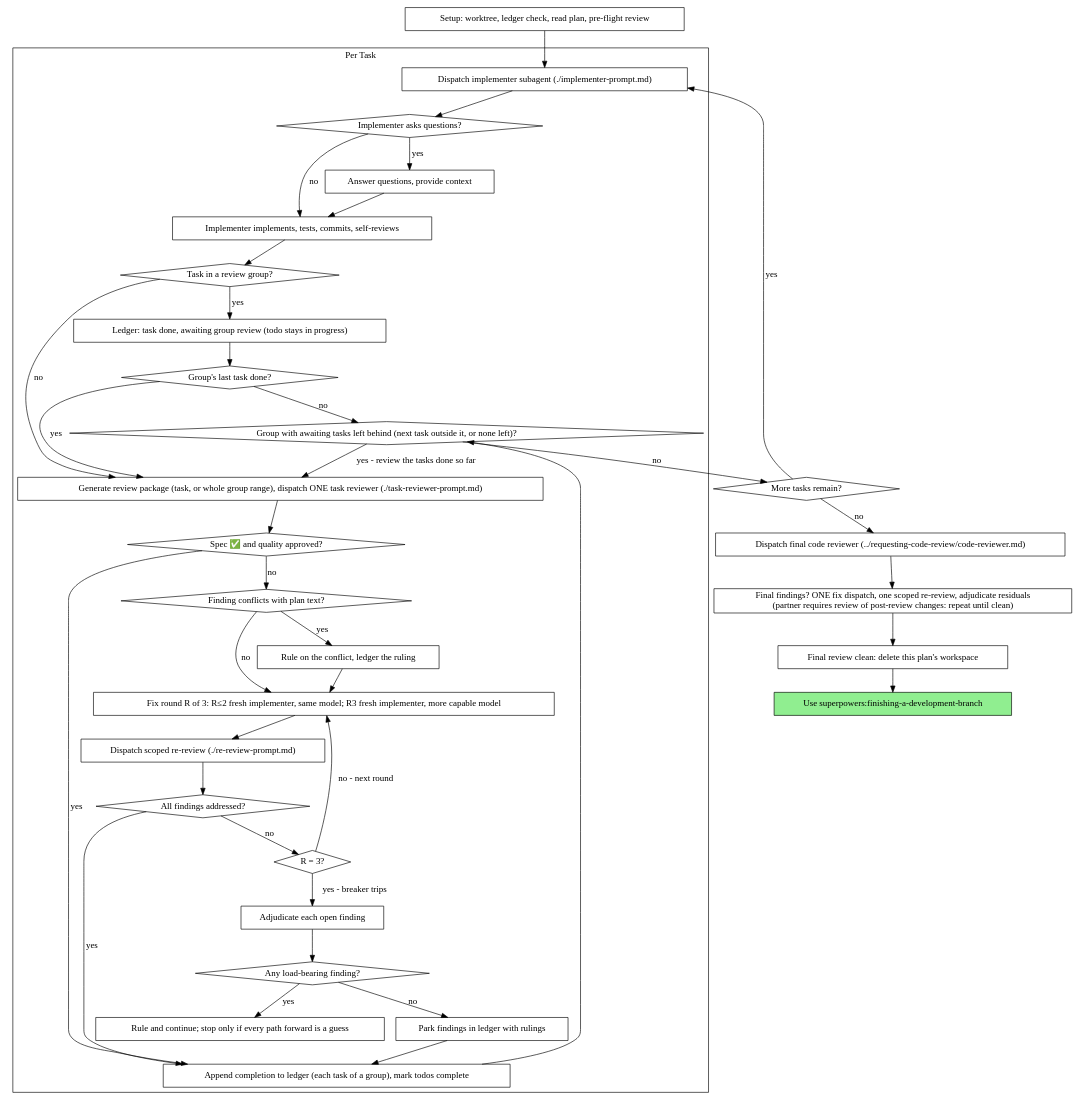
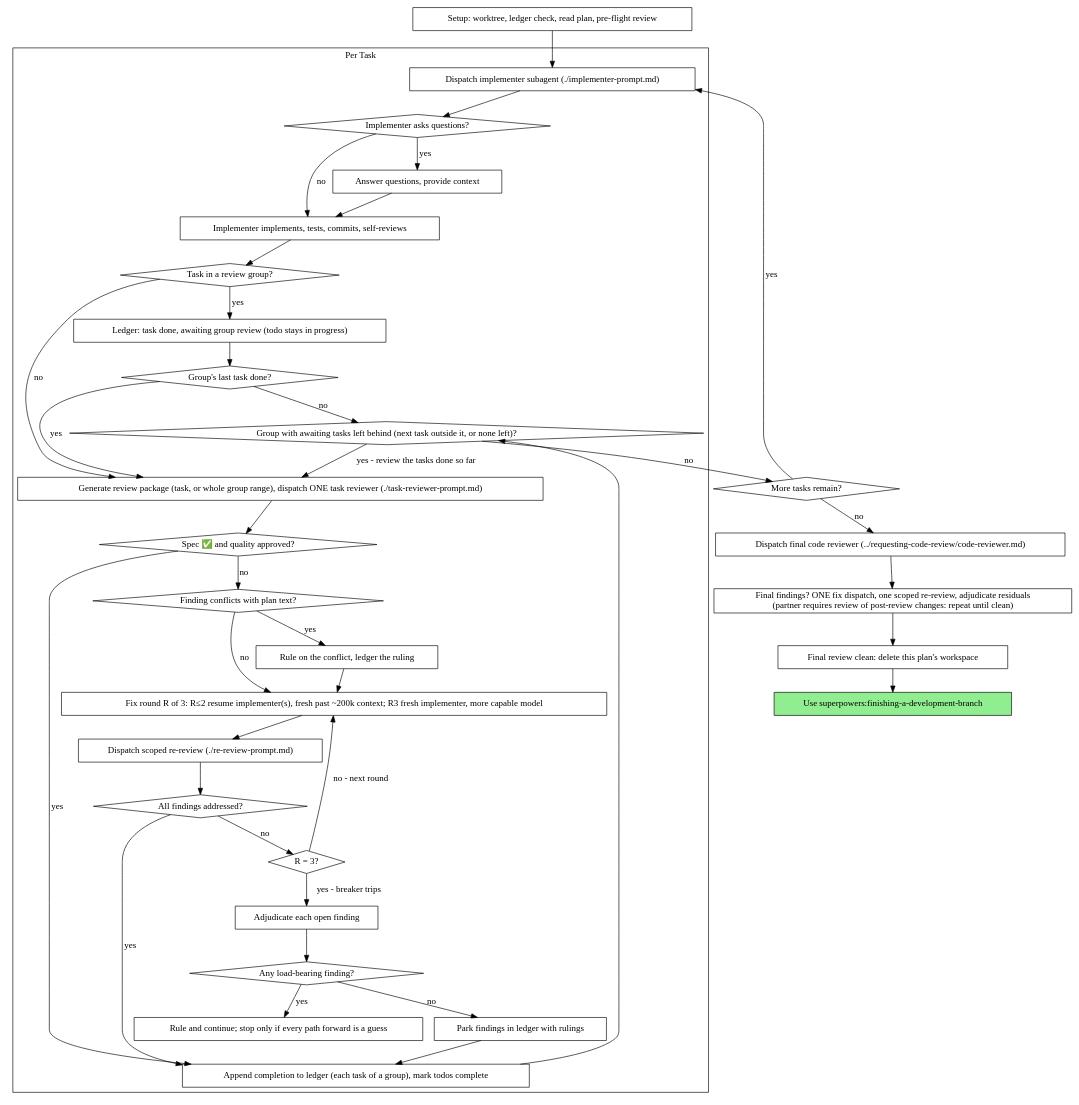
Before and after one commit to alkontv/superpowers: the second of 2 diagrams in skills/subagent-driven-development/SKILL.md, drawn with Graphviz. The commit also changed other lines of this file and 4 other files, not shown here.

````diff
--- a/skills/subagent-driven-development/SKILL.md
+++ b/skills/subagent-driven-development/SKILL.md
@@ -63,73 +63,73 @@
 ```dot
 digraph process {
     rankdir=TB;
 
     subgraph cluster_per_task {
         label="Per Task";
         "Dispatch implementer subagent (./implementer-prompt.md)" [shape=box];
         "Implementer asks questions?" [shape=diamond];
         "Answer questions, provide context" [shape=box];
         "Implementer implements, tests, commits, self-reviews" [shape=box];
         "Task in a review group?" [shape=diamond];
         "Ledger: task done, awaiting group review (todo stays in progress)" [shape=box];
         "Group's last task done?" [shape=diamond];
         "Group with awaiting tasks left behind (next task outside it, or none left)?" [shape=diamond];
         "Generate review package (task, or whole group range), dispatch ONE task reviewer (./task-reviewer-prompt.md)" [shape=box];
         "Spec ✅ and quality approved?" [shape=diamond];
         "Finding conflicts with plan text?" [shape=diamond];
         "Rule on the conflict, ledger the ruling" [shape=box];
-        "Fix round R of 3: R≤2 fresh implementer, same model; R3 fresh implementer, more capable model" [shape=box];
+        "Fix round R of 3: R≤2 resume implementer(s), fresh past ~200k context; R3 fresh implementer, more capable model" [shape=box];
         "Dispatch scoped re-review (./re-review-prompt.md)" [shape=box];
         "All findings addressed?" [shape=diamond];
         "R = 3?" [shape=diamond];
         "Adjudicate each open finding" [shape=box];
         "Any load-bearing finding?" [shape=diamond];
         "Rule and continue; stop only if every path forward is a guess" [shape=box];
         "Park findings in ledger with rulings" [shape=box];
         "Append completion to ledger (each task of a group), mark todos complete" [shape=box];
     }
 
     "Setup: worktree, ledger check, read plan, pre-flight review" [shape=box];
     "More tasks remain?" [shape=diamond];
     "Dispatch final code reviewer (../requesting-code-review/code-reviewer.md)" [shape=box];
     "Final findings? ONE fix dispatch, one scoped re-review, adjudicate residuals\n(partner requires review of post-review changes: repeat until clean)" [shape=box];
     "Final review clean: delete this plan's workspace" [shape=box];
     "Use superpowers:finishing-a-development-branch" [shape=box style=filled fillcolor=lightgreen];
 
     "Setup: worktree, ledger check, read plan, pre-flight review" -> "Dispatch implementer subagent (./implementer-prompt.md)";
     "Dispatch implementer subagent (./implementer-prompt.md)" -> "Implementer asks questions?";
     "Implementer asks questions?" -> "Answer questions, provide context" [label="yes"];
     "Answer questions, provide context" -> "Implementer implements, tests, commits, self-reviews";
     "Implementer asks questions?" -> "Implementer implements, tests, commits, self-reviews" [label="no"];
     "Implementer implements, tests, commits, self-reviews" -> "Task in a review group?";
     "Task in a review group?" -> "Ledger: task done, awaiting group review (todo stays in progress)" [label="yes"];
     "Ledger: task done, awaiting group review (todo stays in progress)" -> "Group's last task done?";
     "Group's last task done?" -> "Generate review package (task, or whole group range), dispatch ONE task reviewer (./task-reviewer-prompt.md)" [label="yes"];
     "Group's last task done?" -> "Group with awaiting tasks left behind (next task outside it, or none left)?" [label="no"];
     "Task in a review group?" -> "Generate review package (task, or whole group range), dispatch ONE task reviewer (./task-reviewer-prompt.md)" [label="no"];
     "Generate review package (task, or whole group range), dispatch ONE task reviewer (./task-reviewer-prompt.md)" -> "Spec ✅ and quality approved?";
     "Spec ✅ and quality approved?" -> "Append completion to ledger (each task of a group), mark todos complete" [label="yes"];
     "Spec ✅ and quality approved?" -> "Finding conflicts with plan text?" [label="no"];
     "Finding conflicts with plan text?" -> "Rule on the conflict, ledger the ruling" [label="yes"];
-    "Rule on the conflict, ledger the ruling" -> "Fix round R of 3: R≤2 fresh implementer, same model; R3 fresh implementer, more capable model";
-    "Finding conflicts with plan text?" -> "Fix round R of 3: R≤2 fresh implementer, same model; R3 fresh implementer, more capable model" [label="no"];
-    "Fix round R of 3: R≤2 fresh implementer, same model; R3 fresh implementer, more capable model" -> "Dispatch scoped re-review (./re-review-prompt.md)";
+    "Rule on the conflict, ledger the ruling" -> "Fix round R of 3: R≤2 resume implementer(s), fresh past ~200k context; R3 fresh implementer, more capable model";
+    "Finding conflicts with plan text?" -> "Fix round R of 3: R≤2 resume implementer(s), fresh past ~200k context; R3 fresh implementer, more capable model" [label="no"];
+    "Fix round R of 3: R≤2 resume implementer(s), fresh past ~200k context; R3 fresh implementer, more capable model" -> "Dispatch scoped re-review (./re-review-prompt.md)";
     "Dispatch scoped re-review (./re-review-prompt.md)" -> "All findings addressed?";
     "All findings addressed?" -> "Append completion to ledger (each task of a group), mark todos complete" [label="yes"];
     "All findings addressed?" -> "R = 3?" [label="no"];
-    "R = 3?" -> "Fix round R of 3: R≤2 fresh implementer, same model; R3 fresh implementer, more capable model" [label="no - next round"];
+    "R = 3?" -> "Fix round R of 3: R≤2 resume implementer(s), fresh past ~200k context; R3 fresh implementer, more capable model" [label="no - next round"];
     "R = 3?" -> "Adjudicate each open finding" [label="yes - breaker trips"];
     "Adjudicate each open finding" -> "Any load-bearing finding?";
     "Any load-bearing finding?" -> "Rule and continue; stop only if every path forward is a guess" [label="yes"];
     "Any load-bearing finding?" -> "Park findings in ledger with rulings" [label="no"];
     "Park findings in ledger with rulings" -> "Append completion to ledger (each task of a group), mark todos complete";
     "Append completion to ledger (each task of a group), mark todos complete" -> "Group with awaiting tasks left behind (next task outside it, or none left)?";
     "Group with awaiting tasks left behind (next task outside it, or none left)?" -> "Generate review package (task, or whole group range), dispatch ONE task reviewer (./task-reviewer-prompt.md)" [label="yes - review the tasks done so far"];
     "Group with awaiting tasks left behind (next task outside it, or none left)?" -> "More tasks remain?" [label="no"];
     "More tasks remain?" -> "Dispatch implementer subagent (./implementer-prompt.md)" [label="yes"];
     "More tasks remain?" -> "Dispatch final code reviewer (../requesting-code-review/code-reviewer.md)" [label="no"];
     "Dispatch final code reviewer (../requesting-code-review/code-reviewer.md)" -> "Final findings? ONE fix dispatch, one scoped re-review, adjudicate residuals\n(partner requires review of post-review changes: repeat until clean)";
     "Final findings? ONE fix dispatch, one scoped re-review, adjudicate residuals\n(partner requires review of post-review changes: repeat until clean)" -> "Final review clean: delete this plan's workspace";
     "Final review clean: delete this plan's workspace" -> "Use superpowers:finishing-a-development-branch";
 }
 ```
````
